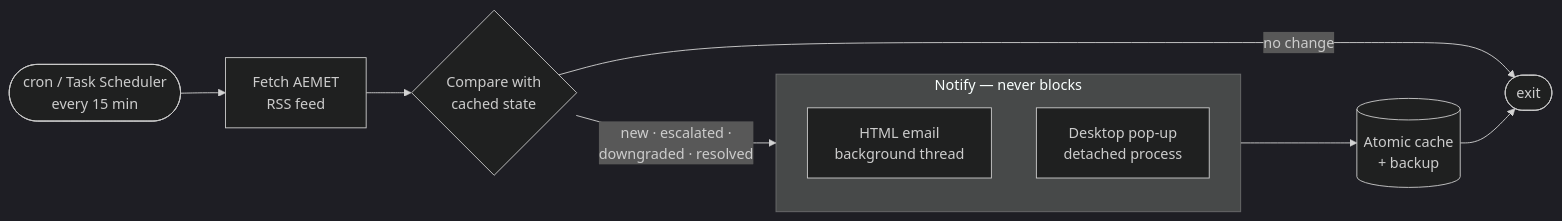
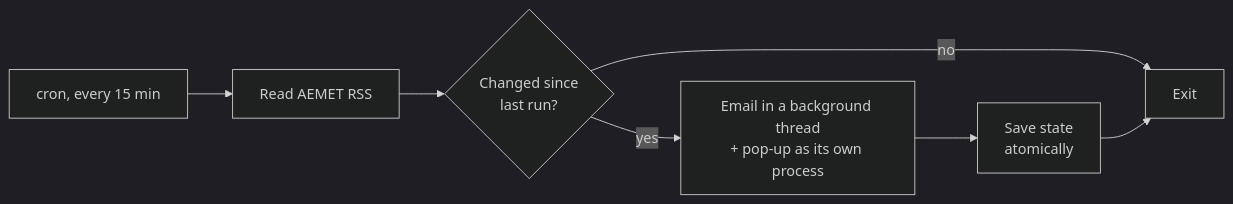
The diagram in README.md (adrianboza2/script-aemet-python), drawn with Mermaid (dark theme) before and after one commit. The commit also changed other lines of this file and 1 other file, not shown here.

````diff
--- a/README.md
+++ b/README.md
@@ -39,13 +17,9 @@
 ```mermaid
 flowchart LR
-    cron([cron / Task Scheduler<br/>every 15 min]) --> fetch[Fetch AEMET<br/>RSS feed]
-    fetch --> diff{Compare with<br/>cached state}
-    diff -->|new · escalated ·<br/>downgraded · resolved| notify
-    diff -->|no change| done([exit])
-    subgraph notify[Notify — never blocks]
-        mail[HTML email<br/>background thread]
-        pop[Desktop pop-up<br/>detached process]
-    end
-    notify --> cache[(Atomic cache<br/>+ backup)]
-    cache --> done
+    A[cron, every 15 min] --> B[Read AEMET RSS]
+    B --> C{Changed since<br/>last run?}
+    C -- no --> F[Exit]
+    C -- yes --> D[Email in a background thread<br/>+ pop-up as its own process]
+    D --> E[Save state<br/>atomically]
+    E --> F
 ```
````
